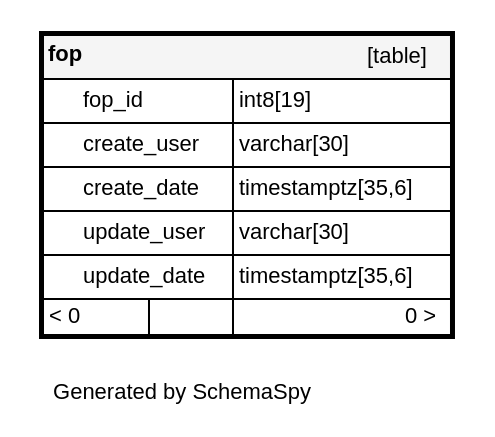
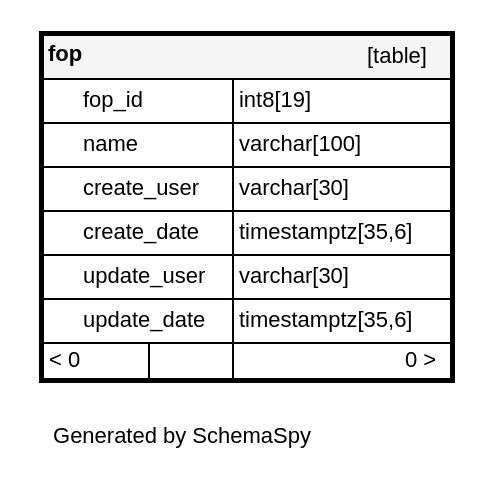
The diagram in app_fp/diagrams/tables/fop.1degree.dot (bcgov/nr-fop), drawn with Graphviz before and after one commit. The commit also changed 11 other files, not shown here.

```diff
--- a/app_fp/diagrams/tables/fop.1degree.dot
+++ b/app_fp/diagrams/tables/fop.1degree.dot
@@ -1,18 +1,19 @@
 digraph "oneDegreeRelationshipsDiagram" {
   graph [    rankdir="RL"    bgcolor="#ffffff"    label="\nGenerated by SchemaSpy"    labeljust="l"    nodesep="0.18"    ranksep="0.46"    fontname="Helvetica"    fontsize="11"    ration="compress"  ];  node [    fontname="Helvetica"    fontsize="11"    shape="plaintext"  ];  edge [    arrowsize="0.8"  ];
   "fop" [
    label=<
     <TABLE BORDER="2" CELLBORDER="1" CELLSPACING="0" BGCOLOR="#ffffff">
       <TR><TD COLSPAN="4"  BGCOLOR="#f5f5f5"><TABLE BORDER="0" CELLSPACING="0"><TR><TD ALIGN="LEFT" FIXEDSIZE="TRUE" WIDTH="19" HEIGHT="16"><B>fop</B></TD><TD ALIGN="RIGHT">[table]</TD></TR></TABLE></TD></TR>
       <TR><TD PORT="fop_id" COLSPAN="2" ALIGN="LEFT"><TABLE BORDER="0" CELLSPACING="0" ALIGN="LEFT"><TR ALIGN="LEFT"><TD ALIGN="LEFT" FIXEDSIZE="TRUE" WIDTH="15" HEIGHT="16"></TD><TD ALIGN="LEFT" FIXEDSIZE="TRUE" WIDTH="74" HEIGHT="16">fop_id</TD></TR></TABLE></TD><TD PORT="fop_id.type" ALIGN="LEFT">int8[19]</TD></TR>
+      <TR><TD PORT="name" COLSPAN="2" BGCOLOR="#ffffff" ALIGN="LEFT"><TABLE BORDER="0" CELLSPACING="0" ALIGN="LEFT"><TR ALIGN="LEFT"><TD ALIGN="LEFT" FIXEDSIZE="TRUE" WIDTH="15" HEIGHT="16"></TD><TD ALIGN="LEFT" FIXEDSIZE="TRUE" WIDTH="74" HEIGHT="16">name</TD></TR></TABLE></TD><TD PORT="name.type" ALIGN="LEFT">varchar[100]</TD></TR>
       <TR><TD PORT="create_user" COLSPAN="2" ALIGN="LEFT"><TABLE BORDER="0" CELLSPACING="0" ALIGN="LEFT"><TR ALIGN="LEFT"><TD ALIGN="LEFT" FIXEDSIZE="TRUE" WIDTH="15" HEIGHT="16"></TD><TD ALIGN="LEFT" FIXEDSIZE="TRUE" WIDTH="74" HEIGHT="16">create_user</TD></TR></TABLE></TD><TD PORT="create_user.type" ALIGN="LEFT">varchar[30]</TD></TR>
       <TR><TD PORT="create_date" COLSPAN="2" ALIGN="LEFT"><TABLE BORDER="0" CELLSPACING="0" ALIGN="LEFT"><TR ALIGN="LEFT"><TD ALIGN="LEFT" FIXEDSIZE="TRUE" WIDTH="15" HEIGHT="16"></TD><TD ALIGN="LEFT" FIXEDSIZE="TRUE" WIDTH="74" HEIGHT="16">create_date</TD></TR></TABLE></TD><TD PORT="create_date.type" ALIGN="LEFT">timestamptz[35,6]</TD></TR>
       <TR><TD PORT="update_user" COLSPAN="2" ALIGN="LEFT"><TABLE BORDER="0" CELLSPACING="0" ALIGN="LEFT"><TR ALIGN="LEFT"><TD ALIGN="LEFT" FIXEDSIZE="TRUE" WIDTH="15" HEIGHT="16"></TD><TD ALIGN="LEFT" FIXEDSIZE="TRUE" WIDTH="74" HEIGHT="16">update_user</TD></TR></TABLE></TD><TD PORT="update_user.type" ALIGN="LEFT">varchar[30]</TD></TR>
       <TR><TD PORT="update_date" COLSPAN="2" ALIGN="LEFT"><TABLE BORDER="0" CELLSPACING="0" ALIGN="LEFT"><TR ALIGN="LEFT"><TD ALIGN="LEFT" FIXEDSIZE="TRUE" WIDTH="15" HEIGHT="16"></TD><TD ALIGN="LEFT" FIXEDSIZE="TRUE" WIDTH="74" HEIGHT="16">update_date</TD></TR></TABLE></TD><TD PORT="update_date.type" ALIGN="LEFT">timestamptz[35,6]</TD></TR>
       <TR><TD ALIGN="LEFT" BGCOLOR="#ffffff">&lt; 0</TD><TD ALIGN="RIGHT" BGCOLOR="#ffffff">  </TD><TD ALIGN="RIGHT" BGCOLOR="#ffffff">0 &gt;</TD></TR>
     </TABLE>>
     URL="fop.html"
     target="_top"
     tooltip="fop"
   ];
 }
```
